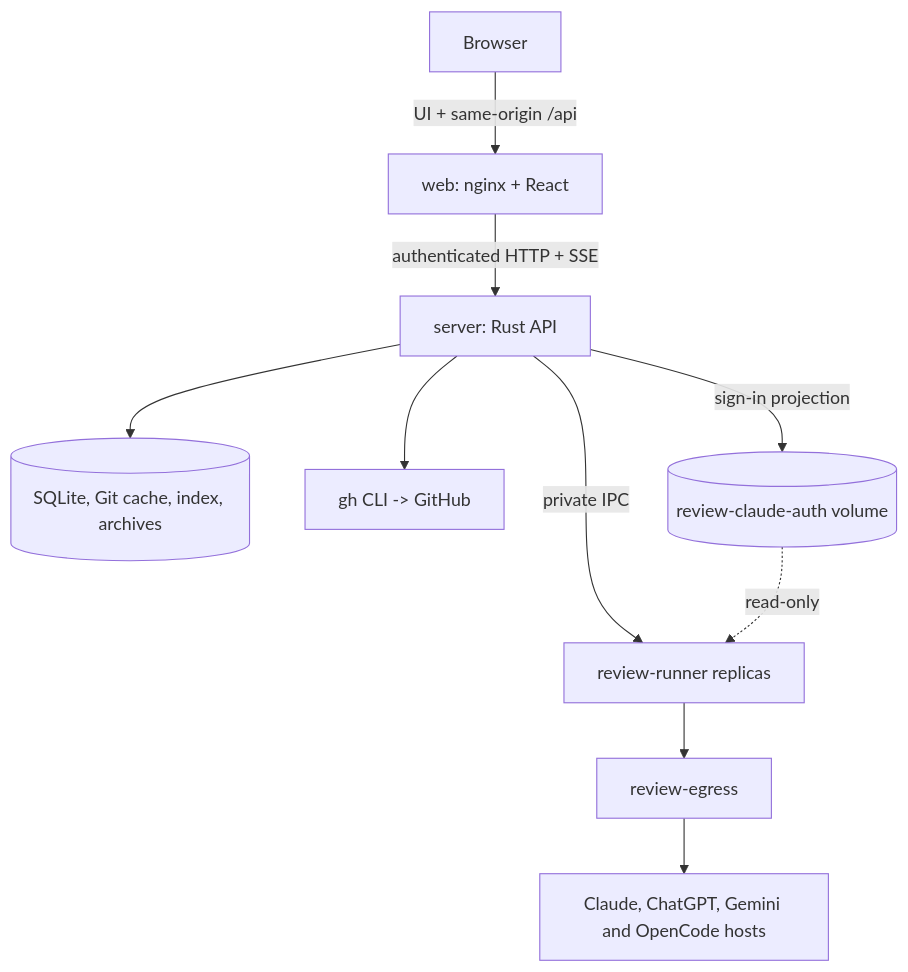
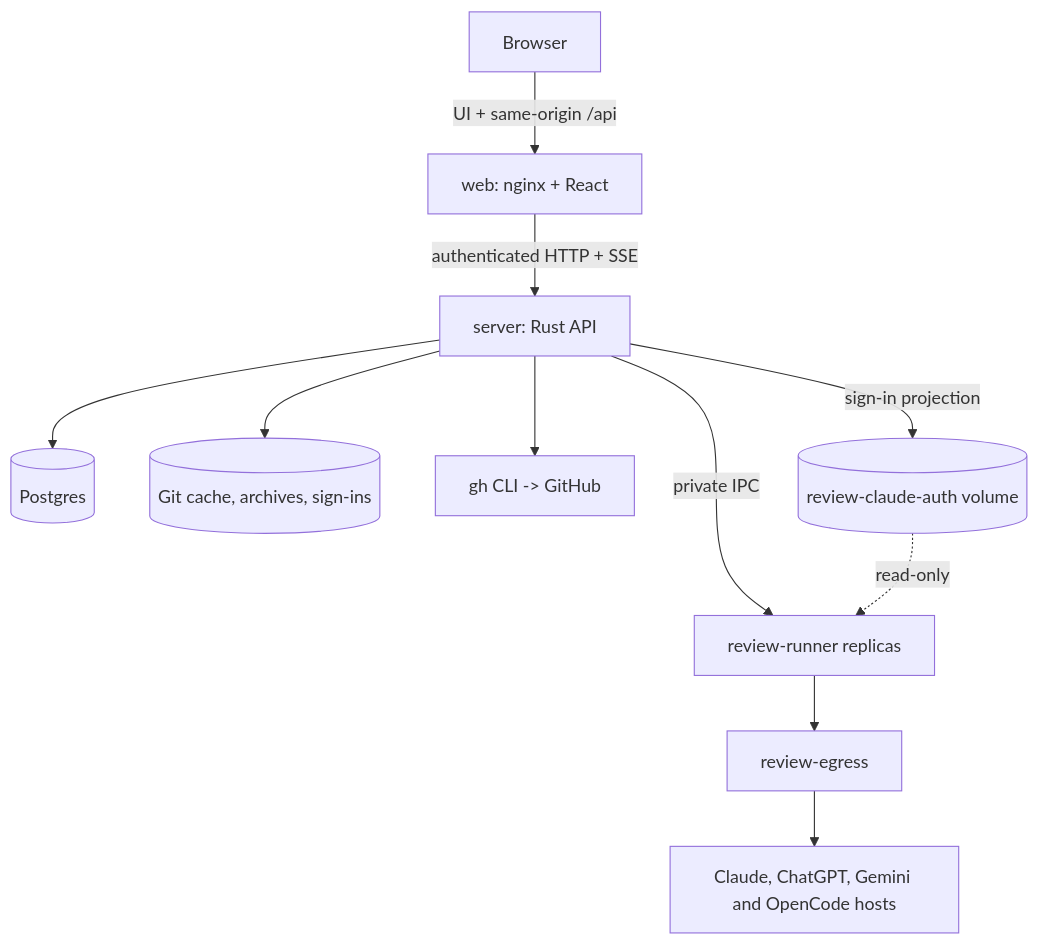
One commit to BridgLabs/opencodereview changed the diagram in docs/architecture.md. Above: the diagram before and after it, drawn with Mermaid. The commit also changed other lines of this file and 8 other files, not shown here.

First line of the commit message:
docs: describe Postgres, the SQLite import and several server instances

````diff
--- a/docs/architecture.md
+++ b/docs/architecture.md
@@ -7,12 +7,13 @@
 ```mermaid
 flowchart TB
   Browser[Browser] -->|UI + same-origin /api| Web[web: nginx + React]
   Web -->|authenticated HTTP + SSE| API[server: Rust API]
-  API --> DB[(SQLite, Git cache, index, archives)]
+  API --> DB[(Postgres)]
+  API --> FS[(Git cache, archives, sign-ins)]
   API --> GH[gh CLI -> GitHub]
   API -->|private IPC| Runners[review-runner replicas]
   Runners --> Egress[review-egress]
   Egress --> Provider[Claude, ChatGPT, Gemini and OpenCode hosts]
   API -->|sign-in projection| Auth[(review-claude-auth volume)]
   Auth -. read-only .-> Runners
 ```
````
